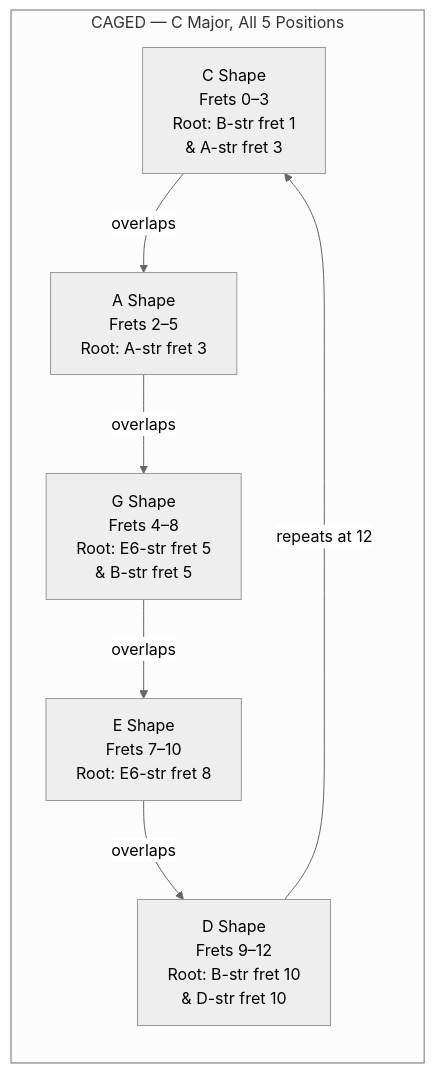
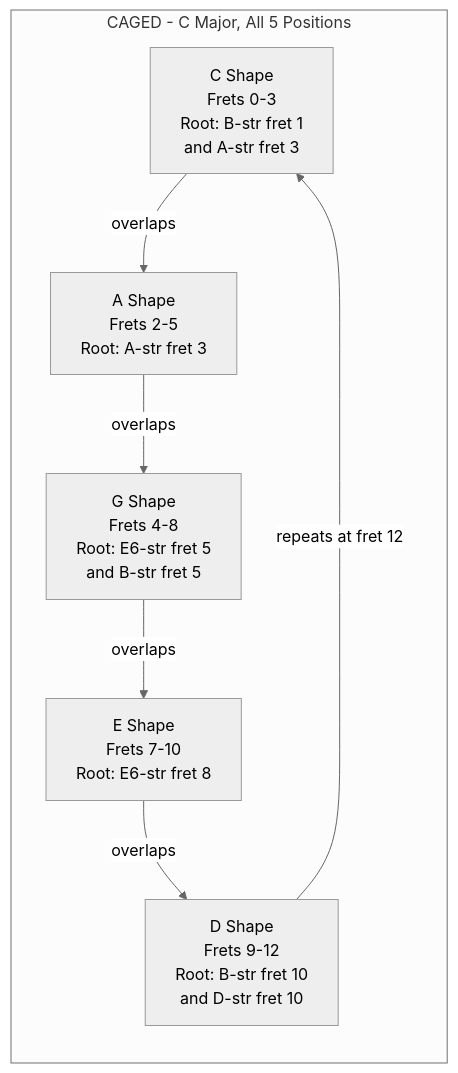
Before and after one commit to blebleblee/synapse: the first of 5 diagrams in topics/arts/music_performance/acoustic_guitar/lesson_03_scales_and_fingerpicking.md, drawn with Mermaid (neutral theme). The commit also changed other lines of this file and 4 other files, not shown here.

````diff
--- a/topics/arts/music_performance/acoustic_guitar/lesson_03_scales_and_fingerpicking.md
+++ b/topics/arts/music_performance/acoustic_guitar/lesson_03_scales_and_fingerpicking.md
@@ -53,15 +49,15 @@
 ```mermaid
 graph LR
-    subgraph sub_caged ["CAGED — C Major, All 5 Positions"]
-        C_shape["C Shape\nFrets 0–3\nRoot: B-str fret 1\n& A-str fret 3"]
-        A_shape["A Shape\nFrets 2–5\nRoot: A-str fret 3"]
-        G_shape["G Shape\nFrets 4–8\nRoot: E6-str fret 5\n& B-str fret 5"]
-        E_shape["E Shape\nFrets 7–10\nRoot: E6-str fret 8"]
-        D_shape["D Shape\nFrets 9–12\nRoot: B-str fret 10\n& D-str fret 10"]
+    subgraph sub_caged ["CAGED - C Major, All 5 Positions"]
+        C_shape["C Shape<br/>Frets 0-3<br/>Root: B-str fret 1<br/>and A-str fret 3"]
+        A_shape["A Shape<br/>Frets 2-5<br/>Root: A-str fret 3"]
+        G_shape["G Shape<br/>Frets 4-8<br/>Root: E6-str fret 5<br/>and B-str fret 5"]
+        E_shape["E Shape<br/>Frets 7-10<br/>Root: E6-str fret 8"]
+        D_shape["D Shape<br/>Frets 9-12<br/>Root: B-str fret 10<br/>and D-str fret 10"]
         C_shape -->|"overlaps"| A_shape
         A_shape -->|"overlaps"| G_shape
         G_shape -->|"overlaps"| E_shape
         E_shape -->|"overlaps"| D_shape
-        D_shape -->|"repeats at 12"| C_shape
+        D_shape -->|"repeats at fret 12"| C_shape
     end
 ```
````
